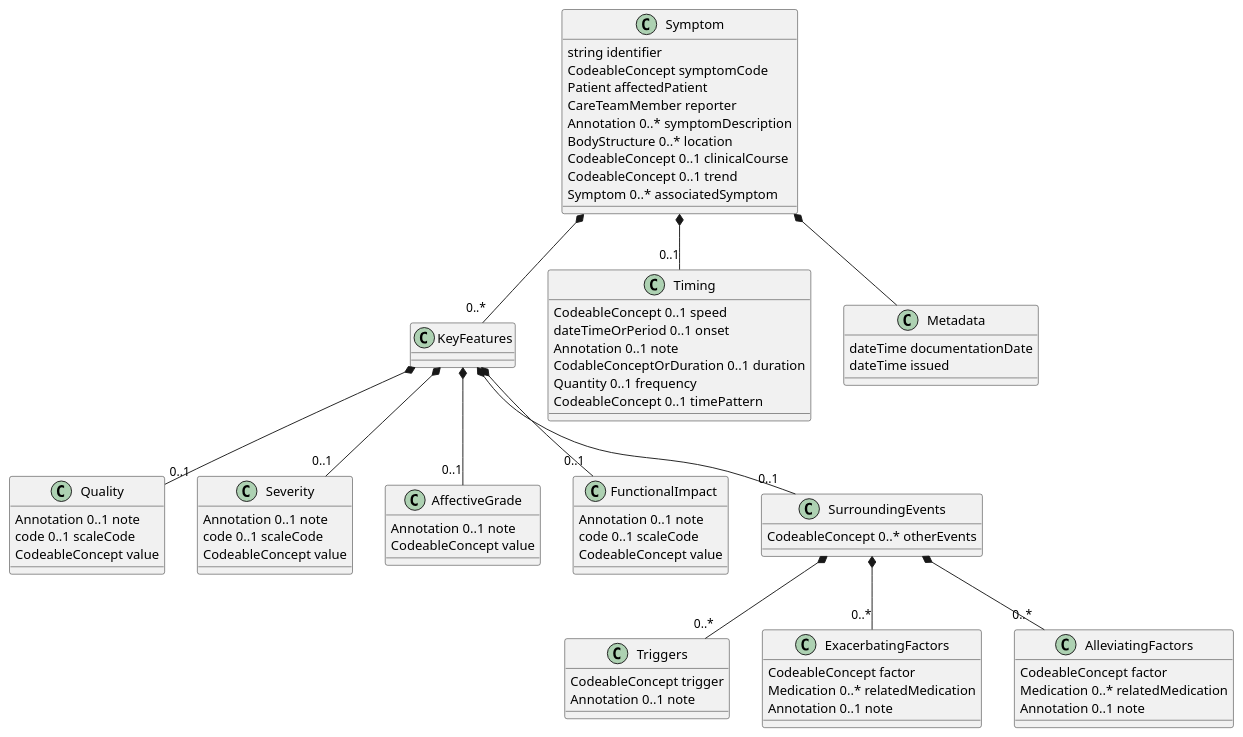
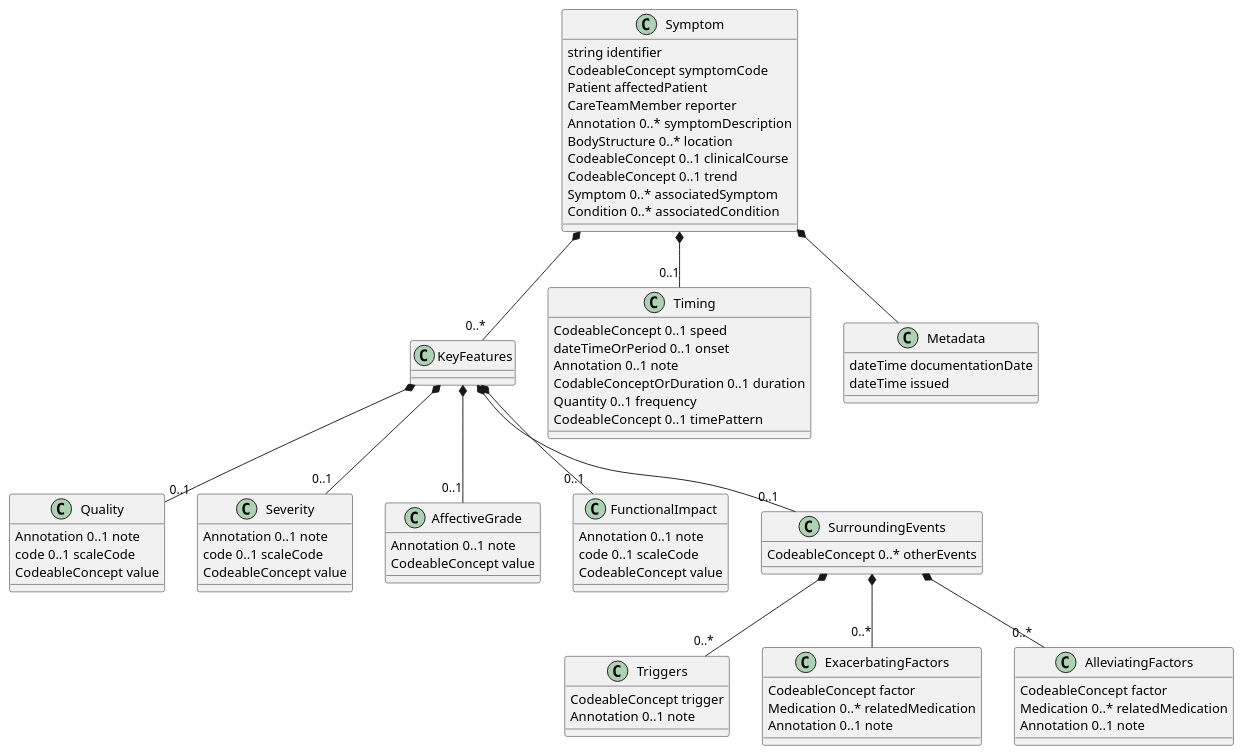
Before and after one commit to HL7/fhir-symptoms-ig: the diagram in input/images-source/SymptomLogicalModel.plantuml, drawn with PlantUML. The commit also changed 1 other file, not shown here.

Commit message:
Added associatedCondition to model

```diff
--- a/input/images-source/SymptomLogicalModel.plantuml
+++ b/input/images-source/SymptomLogicalModel.plantuml
@@ -1,77 +1,78 @@
 @startuml
 class Symptom {
   string identifier
   CodeableConcept symptomCode
   Patient affectedPatient
   CareTeamMember reporter
   Annotation 0..* symptomDescription
   BodyStructure 0..* location
   CodeableConcept 0..1 clinicalCourse
   CodeableConcept 0..1 trend
   Symptom 0..* associatedSymptom
+  Condition 0..* associatedCondition
 }
 Symptom *-- "0..*" KeyFeatures
 class KeyFeatures {
 }
 KeyFeatures *-- "0..1" Quality
 class Quality {
   Annotation 0..1 note
   code 0..1 scaleCode
   CodeableConcept value
 }
 KeyFeatures *-- "0..1" Severity
 class Severity {
   Annotation 0..1 note
   code 0..1 scaleCode
   CodeableConcept value
 }
 KeyFeatures *-- "0..1" AffectiveGrade
 class AffectiveGrade {
   Annotation 0..1 note
   CodeableConcept value
 }
 KeyFeatures *-- "0..1" FunctionalImpact
 class FunctionalImpact {
   Annotation 0..1 note
   code 0..1 scaleCode
   CodeableConcept value
 }
 KeyFeatures *-- "0..1" SurroundingEvents
 class SurroundingEvents {
   CodeableConcept 0..* otherEvents
 }
 SurroundingEvents *-- "0..*" Triggers
 class Triggers {
   CodeableConcept trigger
   Annotation 0..1 note
 }
 SurroundingEvents *-- "0..*" ExacerbatingFactors
 class ExacerbatingFactors {
   CodeableConcept factor
   Medication 0..* relatedMedication
   Annotation 0..1 note
 }
 SurroundingEvents *-- "0..*" AlleviatingFactors
 class AlleviatingFactors {
   CodeableConcept factor
   Medication 0..* relatedMedication
   Annotation 0..1 note
 }
 
 Symptom *-- "0..1" Timing
 class Timing {
   CodeableConcept 0..1 speed
   dateTimeOrPeriod 0..1 onset
   Annotation 0..1 note
   CodableConceptOrDuration 0..1 duration
   Quantity 0..1 frequency
   CodeableConcept 0..1 timePattern
 }
 
 Symptom *-- Metadata
 class Metadata {
 dateTime documentationDate
 dateTime issued
 }
 
 @enduml
```
